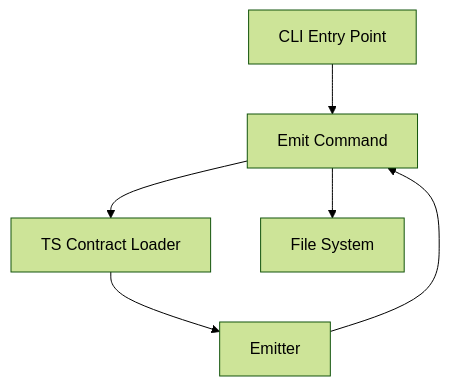
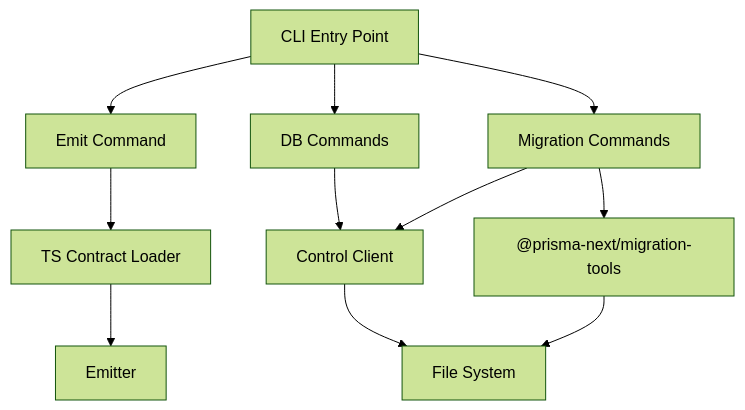
Before and after one commit to prisma/prisma-next: the diagram in packages/1-framework/3-tooling/cli/README.md, drawn with Mermaid (forest theme). The commit also changed other lines of this file and 17 other files, not shown here.

First line of the commit message:
feat(migrations): add M3 CLI commands and control plane wiring

````diff
--- a/packages/1-framework/3-tooling/cli/README.md
+++ b/packages/1-framework/3-tooling/cli/README.md
@@ -838,14 +880,23 @@
 ```mermaid
 flowchart TD
     CLI[CLI Entry Point]
-    CMD[Emit Command]
+    CMD_EMIT[Emit Command]
+    CMD_DB[DB Commands]
+    CMD_MIG[Migration Commands]
     LOAD[TS Contract Loader]
     EMIT[Emitter]
+    CTRL[Control Client]
+    MIG_TOOLS["@prisma-next/migration-tools"]
     FS[File System]
 
-    CLI --> CMD
-    CMD --> LOAD
+    CLI --> CMD_EMIT
+    CLI --> CMD_DB
+    CLI --> CMD_MIG
+    CMD_EMIT --> LOAD
     LOAD --> EMIT
-    EMIT --> CMD
-    CMD --> FS
+    CMD_DB --> CTRL
+    CMD_MIG --> CTRL
+    CMD_MIG --> MIG_TOOLS
+    MIG_TOOLS --> FS
+    CTRL --> FS
 ```
````
